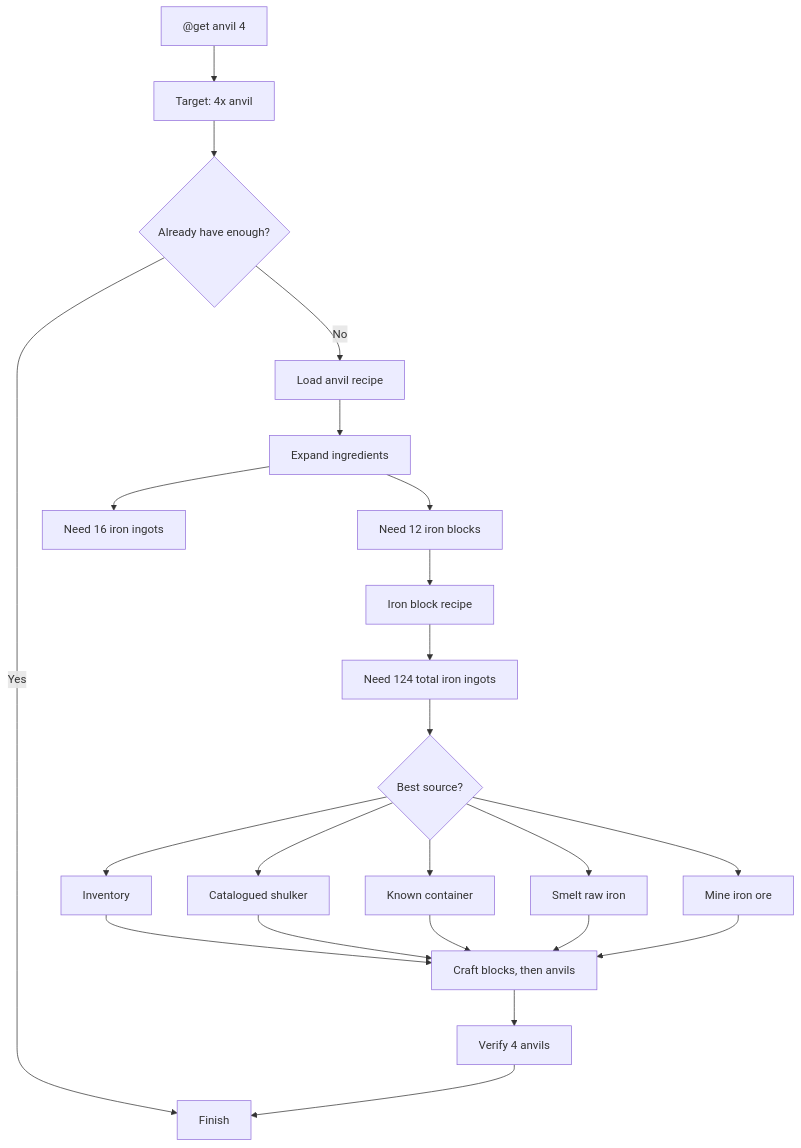
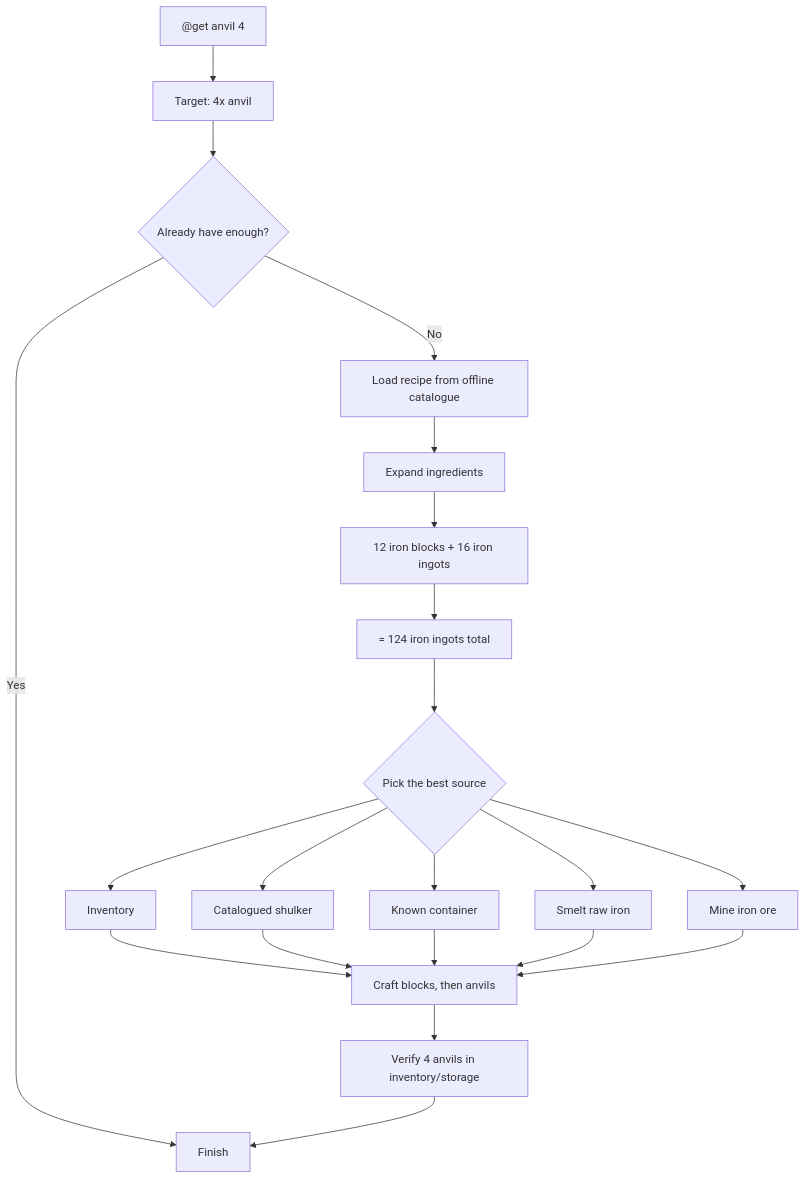
One commit to unaveragetech/Belfegor changed the first of 2 diagrams in README.md. Above: the diagram before and after it, drawn with Mermaid. The commit also changed other lines of this file, not shown here.

First line of the commit message:
Rewrite README: clearer pitch, quick start, architecture, and command overview

````diff
--- a/README.md
+++ b/README.md
@@ -312,25 +116,23 @@
 ```mermaid
 flowchart TD
     Cmd["@get anvil 4"] --> Target["Target: 4x anvil"]
     Target --> Have{"Already have enough?"}
     Have -- Yes --> Done["Finish"]
-    Have -- No --> Recipe["Load anvil recipe"]
+    Have -- No --> Recipe["Load recipe from offline catalogue"]
     Recipe --> Expand["Expand ingredients"]
-    Expand --> Blocks["Need 12 iron blocks"]
-    Expand --> Ingots["Need 16 iron ingots"]
-    Blocks --> SubRecipe["Iron block recipe"]
-    SubRecipe --> Total["Need 124 total iron ingots"]
-    Total --> Sources{"Best source?"}
+    Expand --> IronB["12 iron blocks + 16 iron ingots"]
+    IronB --> IronI["= 124 iron ingots total"]
+    IronI --> Sources{"Pick the best source"}
     Sources --> Inv["Inventory"]
     Sources --> Shulker["Catalogued shulker"]
     Sources --> Container["Known container"]
     Sources --> Smelt["Smelt raw iron"]
     Sources --> Mine["Mine iron ore"]
     Inv --> Craft["Craft blocks, then anvils"]
     Shulker --> Craft
     Container --> Craft
     Smelt --> Craft
     Mine --> Craft
-    Craft --> Verify["Verify 4 anvils"]
+    Craft --> Verify["Verify 4 anvils in inventory/storage"]
     Verify --> Done
 ```
````
